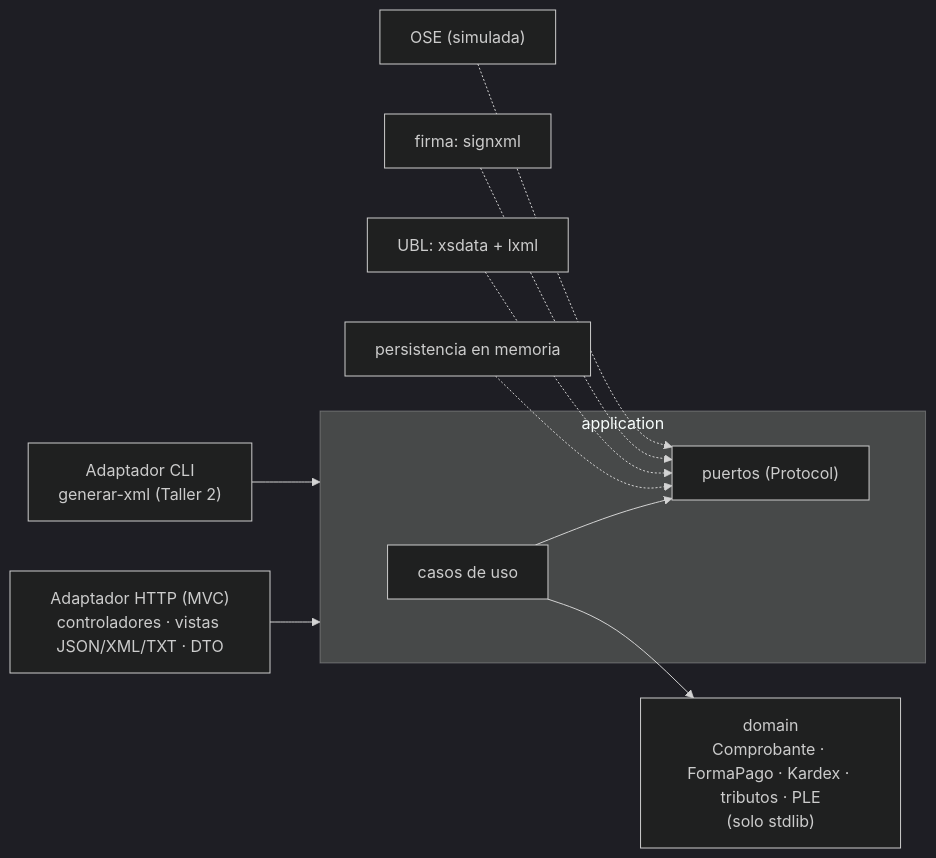
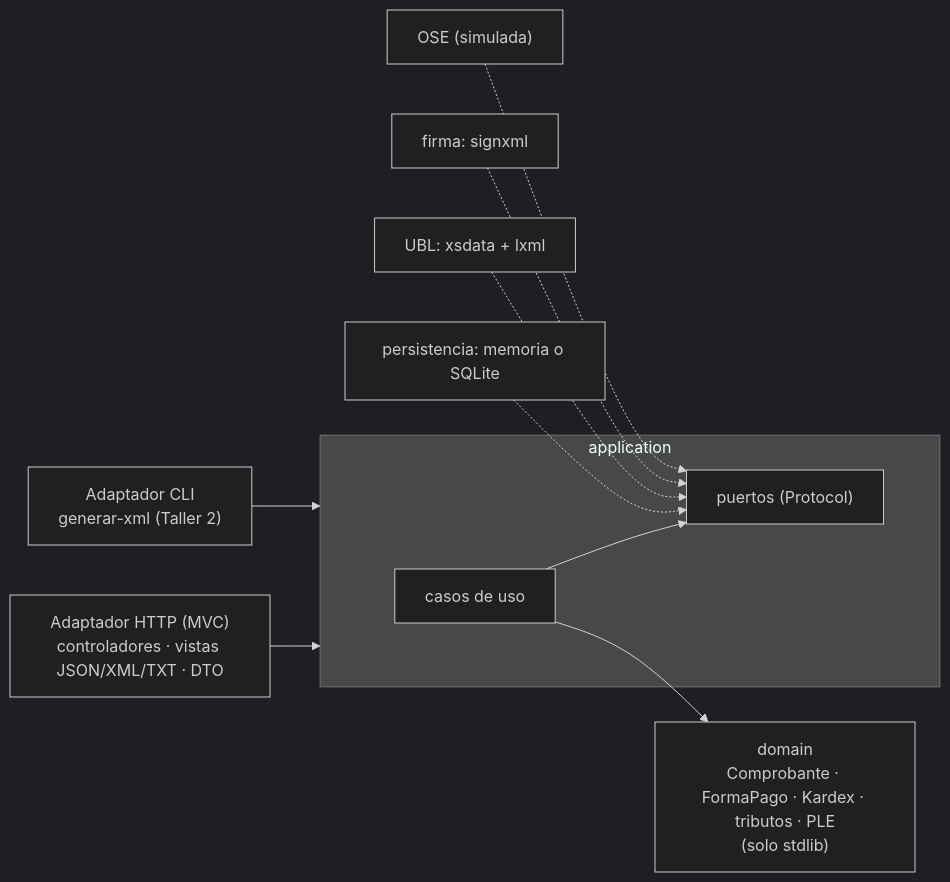
One commit to Melor-Smith/ARQUITECTURA changed the diagram in README.md. Above: the diagram before and after it, drawn with Mermaid (dark theme). The commit also changed other lines of this file and 22 other files, not shown here.

First line of the commit message:
Persistencia SQLite como segundo adaptador, tipado estricto, Docker y CI ampliada

````diff
--- a/README.md
+++ b/README.md
@@ -33,13 +53,13 @@
 ```mermaid
 flowchart LR
     HTTP["Adaptador HTTP (MVC)<br/>controladores · vistas JSON/XML/TXT · DTO"] --> APP
     CLI["Adaptador CLI<br/>generar-xml (Taller 2)"] --> APP
     subgraph APP["application"]
         UC["casos de uso"] --> PORTS["puertos (Protocol)"]
     end
     UC --> DOM["domain<br/>Comprobante · FormaPago · Kardex · tributos · PLE<br/>(solo stdlib)"]
-    MEM["persistencia en memoria"] -.-> PORTS
+    MEM["persistencia: memoria o SQLite"] -.-> PORTS
     UBL["UBL: xsdata + lxml"] -.-> PORTS
     SIG["firma: signxml"] -.-> PORTS
     OSE["OSE (simulada)"] -.-> PORTS
 ```
````
